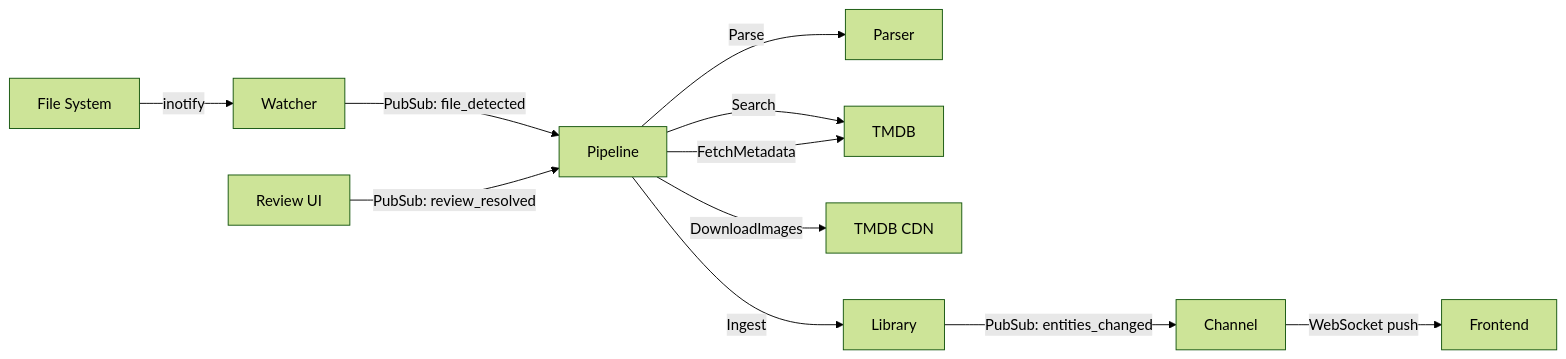
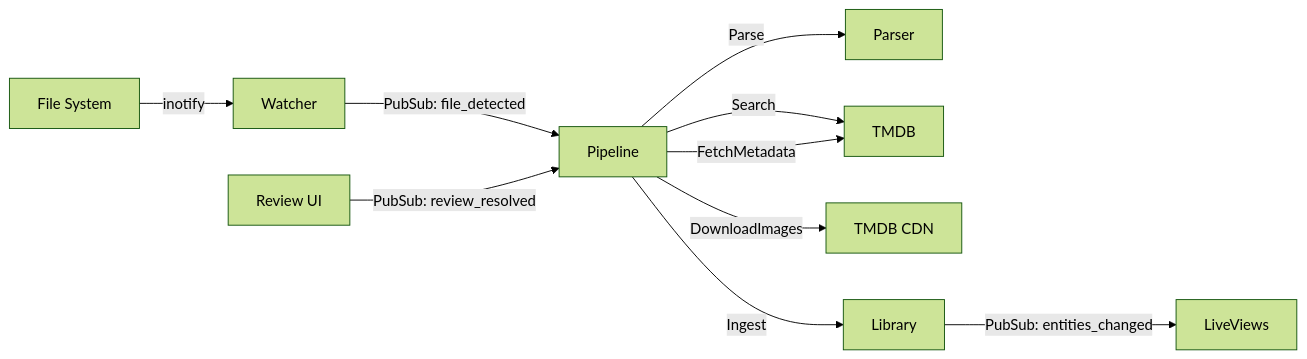
Before and after one commit to media-centaur/media-centaur: the second of 3 diagrams in docs/architecture.md, drawn with Mermaid (forest theme). The commit also changed other lines of this file and 28 other files, not shown here.

````diff
--- a/docs/architecture.md
+++ b/docs/architecture.md
@@ -59,14 +56,13 @@
 ```mermaid
 flowchart LR
     A[File System] -->|inotify| B[Watcher]
     B -->|PubSub: file_detected| C[Pipeline]
     C -->|Parse| D[Parser]
     C -->|Search| E[TMDB]
     C -->|FetchMetadata| E
     C -->|DownloadImages| F[TMDB CDN]
     C -->|Ingest| G[Library]
-    G -->|PubSub: entities_changed| H[Channel]
-    H -->|WebSocket push| I[Frontend]
+    G -->|PubSub: entities_changed| H[LiveViews]
 
     J[Review UI] -->|PubSub: review_resolved| C
 ```
````
